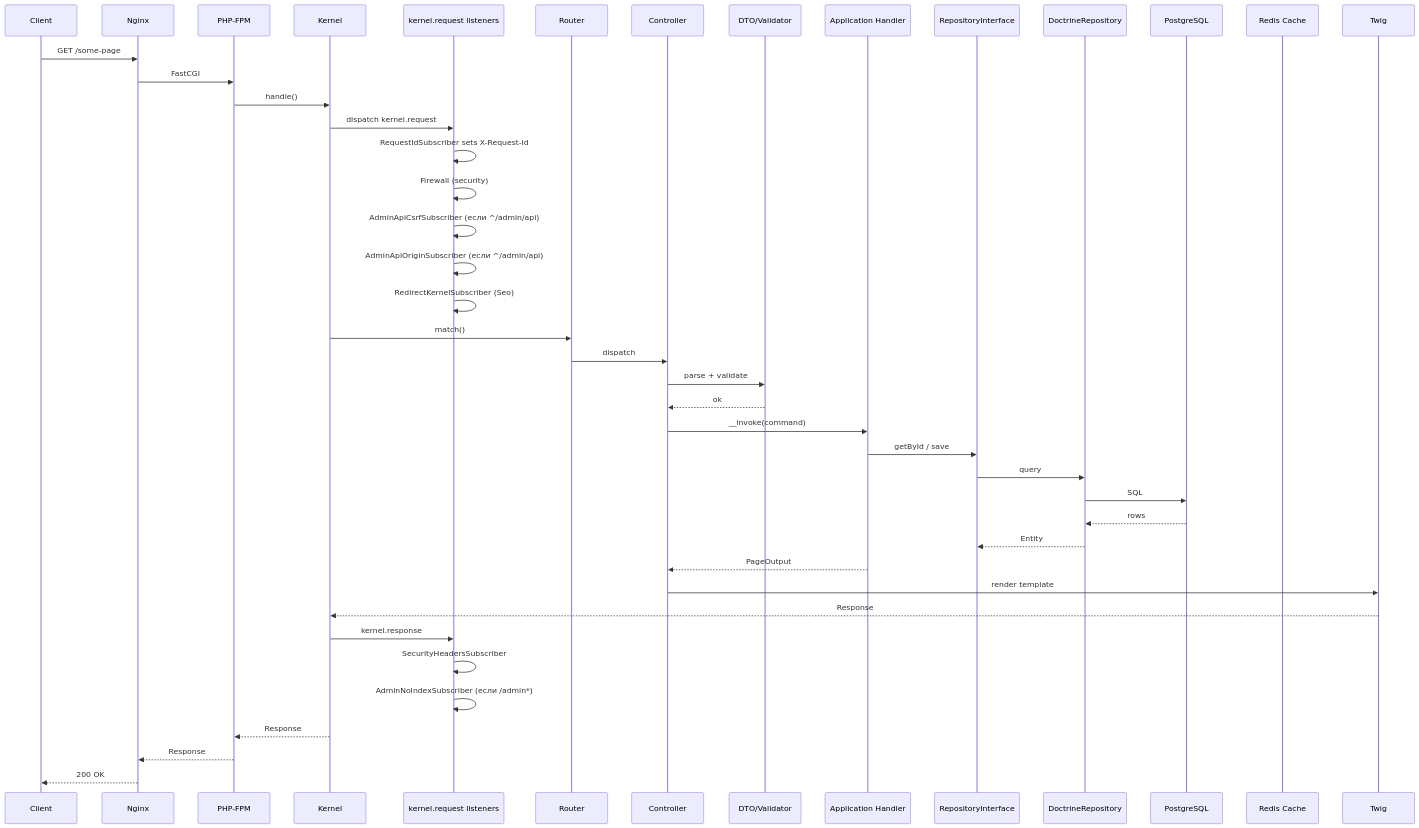
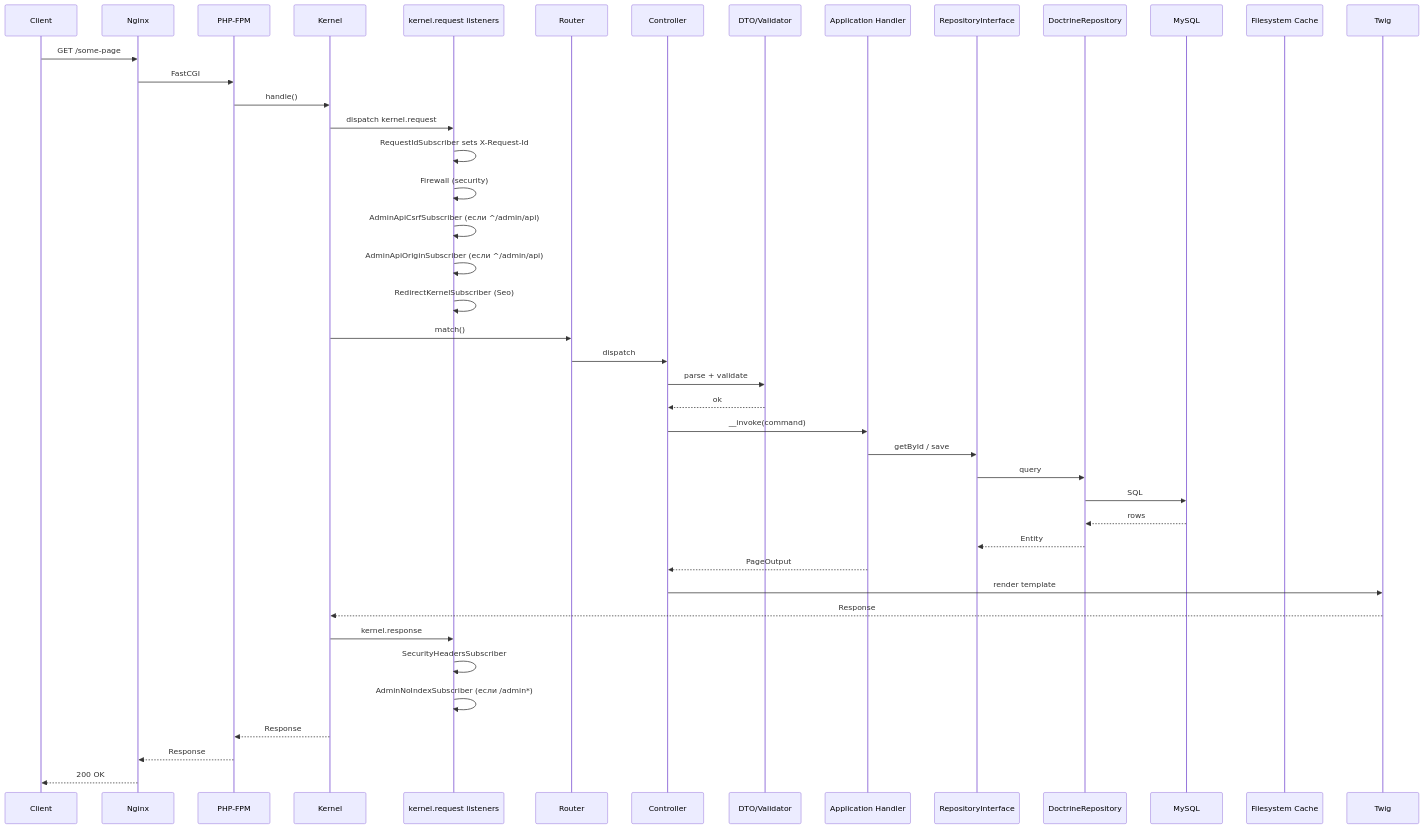
One commit to ariestop/zaborprofil changed the first of 7 diagrams in docs/07-request-flow.md. Above: the diagram before and after it, drawn with Mermaid. The commit also changed other lines of this file and 50 other files, not shown here.

Commit message:
docs: rewrite documentation for MySQL and filesystem cache; keep unique live page path via generated column

````diff
--- a/docs/07-request-flow.md
+++ b/docs/07-request-flow.md
@@ -7,46 +7,46 @@
 ```mermaid
 sequenceDiagram
     participant U as Client
     participant N as Nginx
     participant F as PHP-FPM
     participant K as Kernel
     participant Subs as kernel.request listeners
     participant R as Router
     participant C as Controller
     participant DTO as DTO/Validator
     participant H as Application Handler
     participant Repo as RepositoryInterface
     participant DC as DoctrineRepository
-    participant DB as PostgreSQL
-    participant Cache as Redis Cache
+    participant DB as MySQL
+    participant Cache as Filesystem Cache
     participant T as Twig
 
     U->>N: GET /some-page
     N->>F: FastCGI
     F->>K: handle()
     K->>Subs: dispatch kernel.request
     Subs->>Subs: RequestIdSubscriber sets X-Request-Id
     Subs->>Subs: Firewall (security)
     Subs->>Subs: AdminApiCsrfSubscriber (если ^/admin/api)
     Subs->>Subs: AdminApiOriginSubscriber (если ^/admin/api)
     Subs->>Subs: RedirectKernelSubscriber (Seo)
     K->>R: match()
     R->>C: dispatch
     C->>DTO: parse + validate
     DTO-->>C: ok
     C->>H: __invoke(command)
     H->>Repo: getById / save
     Repo->>DC: query
     DC->>DB: SQL
     DB-->>DC: rows
     DC-->>Repo: Entity
     H-->>C: PageOutput
     C->>T: render template
     T-->>K: Response
     K->>Subs: kernel.response
     Subs->>Subs: SecurityHeadersSubscriber
     Subs->>Subs: AdminNoIndexSubscriber (если /admin*)
     K-->>F: Response
     F-->>N: Response
     N-->>U: 200 OK
 ```
````
